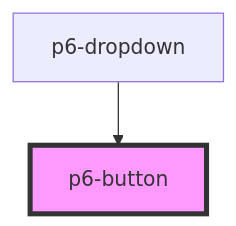
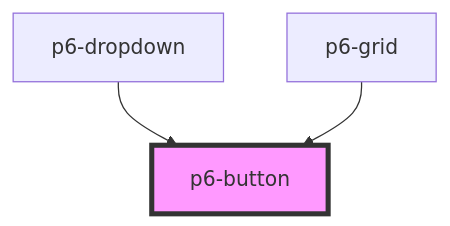
Before and after one commit to amalto/platform6-ui-components: the diagram in src/components/atoms/p6-button/readme.md, drawn with Mermaid. The commit also changed other lines of this file and 2 other files, not shown here.

Commit message:
p6-grid WIP hide column

````diff
--- a/src/components/atoms/p6-button/readme.md
+++ b/src/components/atoms/p6-button/readme.md
@@ -25,5 +26,6 @@
 ```mermaid
 graph TD;
   p6-dropdown --> p6-button
+  p6-grid --> p6-button
   style p6-button fill:#f9f,stroke:#333,stroke-width:4px
 ```
````
